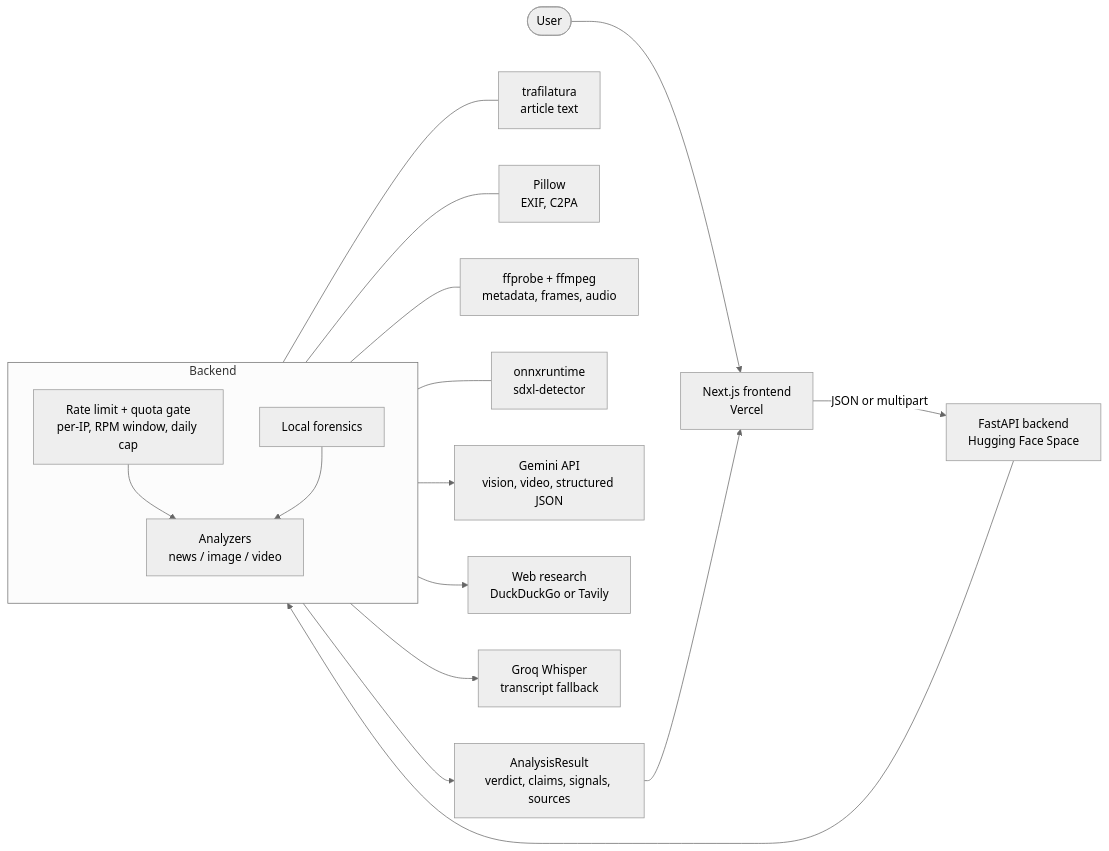
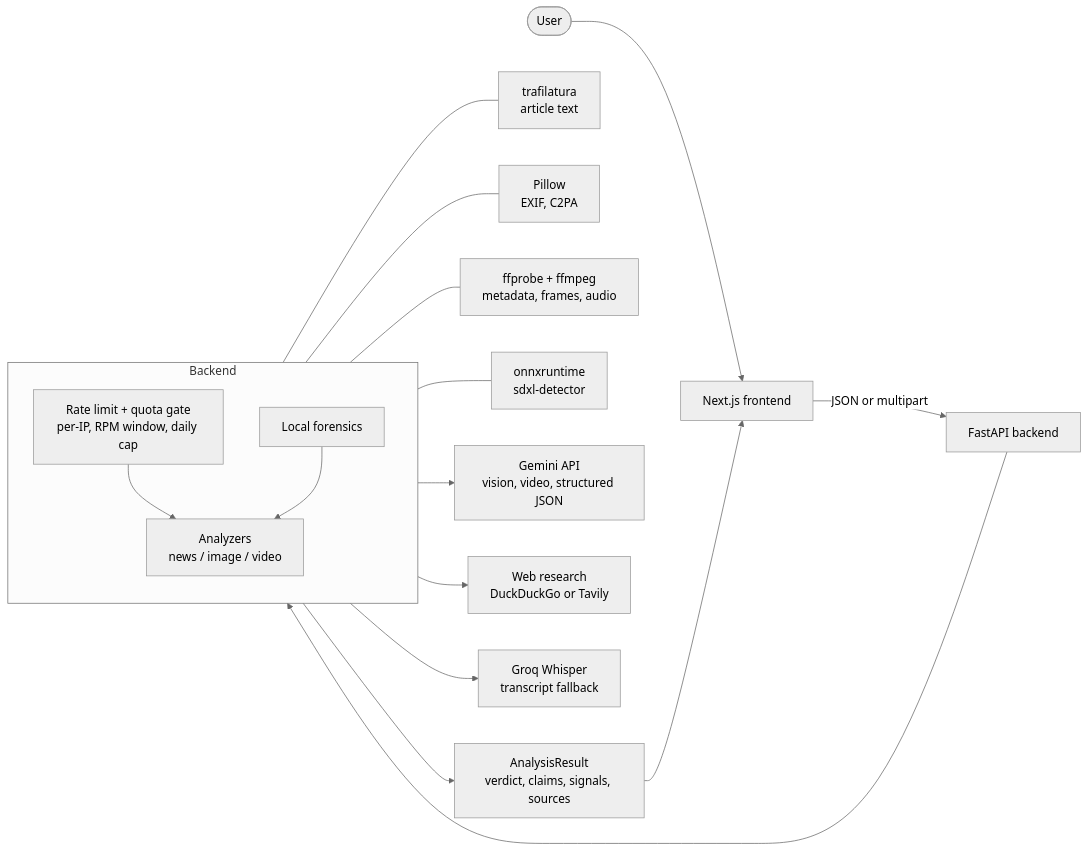
The first of 2 diagrams in README.md (muditagrawal-alt/Deepfake-and-Fake-News-Detector), drawn with Mermaid (neutral theme) before and after one commit. The commit also changed other lines of this file and 6 other files, not shown here.

````diff
--- a/README.md
+++ b/README.md
@@ -48,28 +48,28 @@
 ```mermaid
 flowchart LR
-  U([User]) --> FE["Next.js frontend<br/>Vercel"]
-  FE -->|"JSON or multipart"| API["FastAPI backend<br/>Hugging Face Space"]
+  U([User]) --> FE["Next.js frontend"]
+  FE -->|"JSON or multipart"| API["FastAPI backend"]
 
   subgraph API_INTERNALS ["Backend"]
     direction TB
     GATE["Rate limit + quota gate<br/>per-IP, RPM window, daily cap"]
     FOR["Local forensics"]
     ANA["Analyzers<br/>news / image / video"]
     GATE --> ANA
     FOR --> ANA
   end
 
   API --> GATE
 
   FOR --- F1["trafilatura<br/>article text"]
   FOR --- F2["Pillow<br/>EXIF, C2PA"]
   FOR --- F3["ffprobe + ffmpeg<br/>metadata, frames, audio"]
   FOR --- F4["onnxruntime<br/>sdxl-detector"]
 
   ANA --> GEM["Gemini API<br/>vision, video, structured JSON"]
   ANA --> RES["Web research<br/>DuckDuckGo or Tavily"]
   ANA --> WHI["Groq Whisper<br/>transcript fallback"]
 
   ANA --> OUT["AnalysisResult<br/>verdict, claims, signals, sources"]
   OUT --> FE
 ```
````
